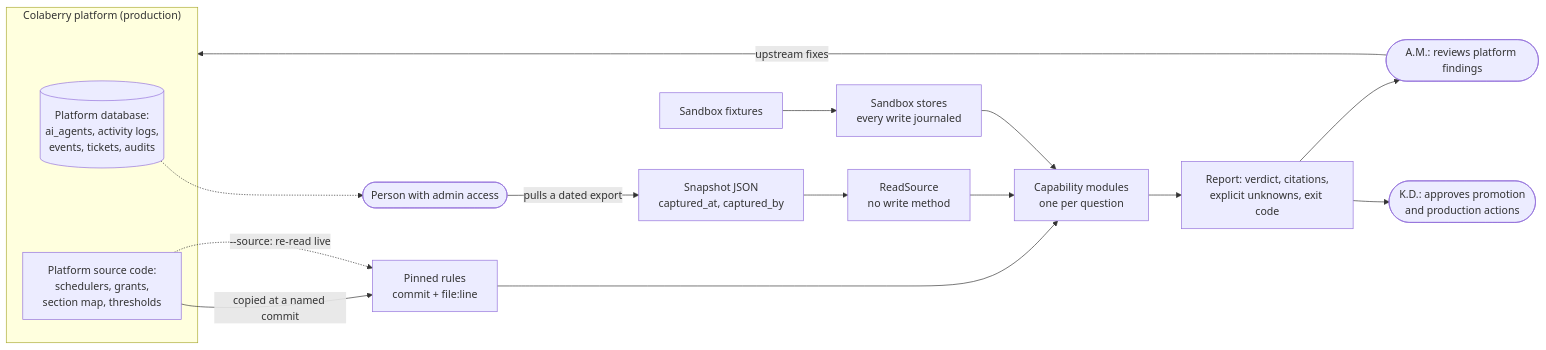
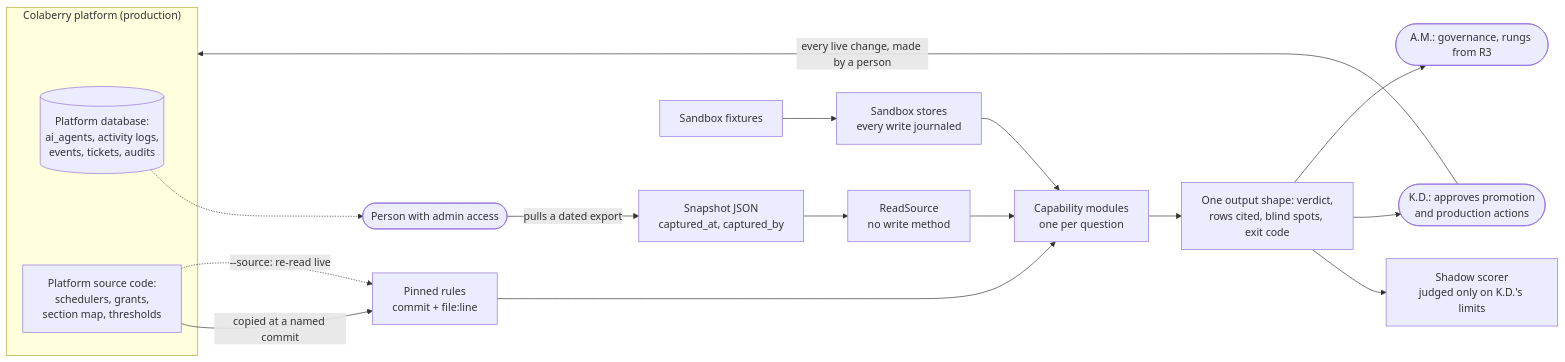
One commit to qninying/platform-reliability-agent changed the first of 2 diagrams in docs/architecture/README.md. Above: the diagram before and after it, drawn with Mermaid. The commit also changed other lines of this file and 4 other files, not shown here.

First line of the commit message:
No claude.ai references; architecture diagram and page brought up to date

````diff
--- a/docs/architecture/README.md
+++ b/docs/architecture/README.md
@@ -12,20 +12,21 @@
 ```mermaid
 flowchart LR
   subgraph P["Colaberry platform (production)"]
     DB[("Platform database:<br/>ai_agents, activity logs,<br/>events, tickets, audits")]
     SRC["Platform source code:<br/>schedulers, grants,<br/>section map, thresholds"]
   end
   Admin(["Person with admin access"]) -- "pulls a dated export" --> SNAP["Snapshot JSON<br/>captured_at, captured_by"]
   DB -.-> Admin
   SRC -- "copied at a named commit" --> PIN["Pinned rules<br/>commit + file:line"]
   SRC -. "--source: re-read live" .-> PIN
   SNAP --> RS["ReadSource<br/>no write method"]
   RS --> CAP["Capability modules<br/>one per question"]
   PIN --> CAP
   FIX["Sandbox fixtures"] --> SB["Sandbox stores<br/>every write journaled"]
   SB --> CAP
-  CAP --> OUT["Report: verdict, citations,<br/>explicit unknowns, exit code"]
+  CAP --> OUT["One output shape: verdict,<br/>rows cited, blind spots, exit code"]
+  OUT --> SH["Shadow scorer<br/>judged only on K.D.'s limits"]
   OUT --> KD(["K.D.: approves promotion<br/>and production actions"])
-  OUT --> AM(["A.M.: reviews platform findings"])
-  AM -- "upstream fixes" --> P
+  OUT --> AM(["A.M.: governance, rungs from R3"])
+  KD -- "every live change, made by a person" --> P
 ```
````
